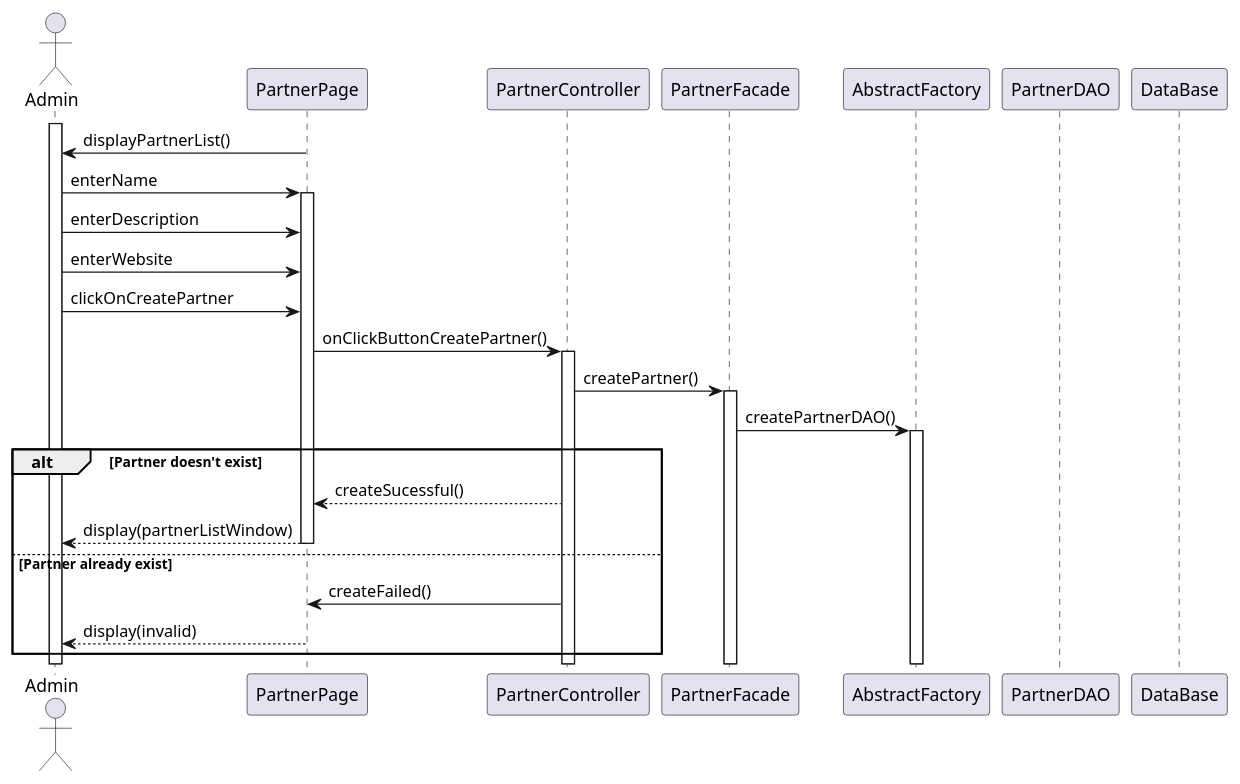
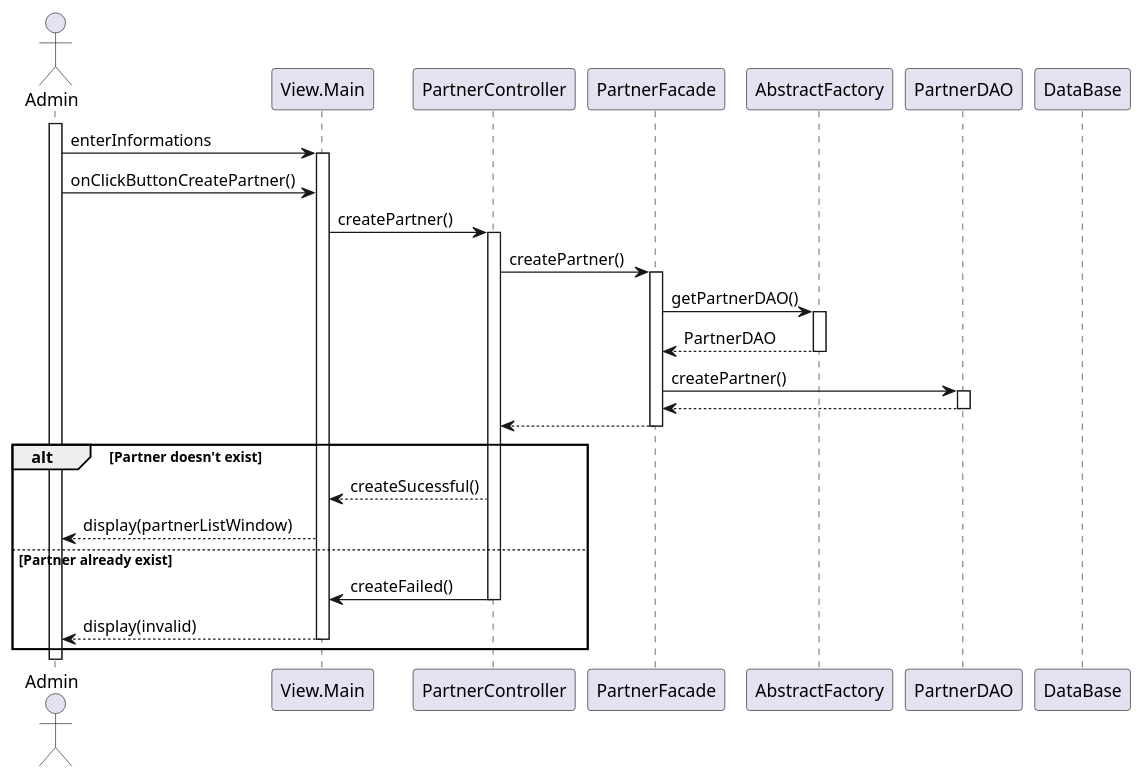
The first of 3 diagrams in doc/reports/final/partners/partners_sequenceDiagram.plantUML (iusildra/WineCellar), drawn with PlantUML before and after one commit. The commit also changed other lines of this file and 1 other file, not shown here.

Commit message:
MAJ diagrammes partners

```diff
--- a/doc/reports/final/partners/partners_sequenceDiagram.plantUML
+++ b/doc/reports/final/partners/partners_sequenceDiagram.plantUML
@@ -3,31 +1,32 @@
-@startuml
+@startuml <Create partner>
 skinparam responseMessageBelowArrow true
 
 actor Admin
-participant PartnerPage
+participant View.Main
 participant PartnerController
 participant PartnerFacade
 participant AbstractFactory
 participant PartnerDAO
 participant DataBase
 
 activate Admin
 
-PartnerPage -> Admin: displayPartnerList()
-Admin -> PartnerPage++: enterName
-Admin -> PartnerPage: enterDescription
-Admin -> PartnerPage: enterWebsite
-Admin -> PartnerPage: clickOnCreatePartner
-PartnerPage -> PartnerController++: onClickButtonCreatePartner()
+Admin -> View.Main++: enterInformations
+Admin -> View.Main: onClickButtonCreatePartner()
+View.Main -> PartnerController++: createPartner()
 PartnerController -> PartnerFacade++: createPartner()
-PartnerFacade -> AbstractFactory++: createPartnerDAO()
+PartnerFacade -> AbstractFactory++: getPartnerDAO()
+return PartnerDAO
+PartnerFacade -> PartnerDAO++: createPartner()
+return
+return
 
 alt Partner doesn't exist
-    PartnerController --> PartnerPage: createSucessful()
-    PartnerPage --> Admin--: display(partnerListWindow)
+    PartnerController --> View.Main: createSucessful()
+    View.Main --> Admin: display(partnerListWindow)
 else Partner already exist
-    PartnerController -> PartnerPage: createFailed()
-    PartnerPage --> Admin--: display(invalid)
+    PartnerController -> View.Main--: createFailed()
+    View.Main --> Admin--: display(invalid)
 end
 
 @enduml
```
